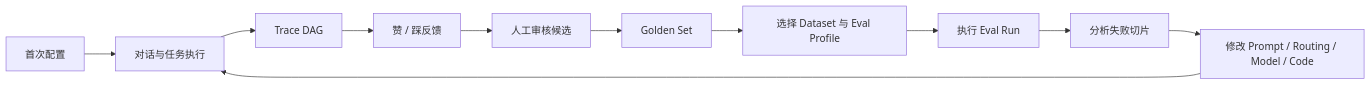
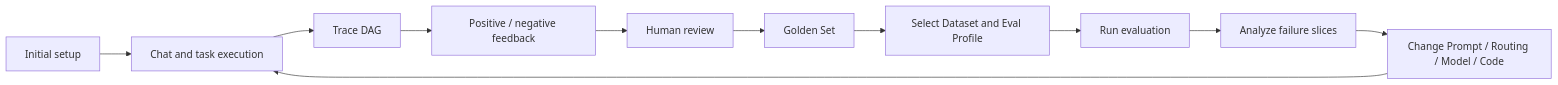
Before and after one commit to InfronAI/personal-ai-agent-from-scratch: the first of 3 diagrams in README.md, drawn with Mermaid. The commit also changed other lines of this file and 2 other files, not shown here.

````diff
--- a/README.md
+++ b/README.md
@@ -44,13 +49,13 @@
 ```mermaid
 flowchart LR
-    A[首次配置] --> B[对话与任务执行]
+    A[Initial setup] --> B[Chat and task execution]
     B --> C[Trace DAG]
-    C --> D[赞 / 踩反馈]
-    D --> E[人工审核候选]
+    C --> D[Positive / negative feedback]
+    D --> E[Human review]
     E --> F[Golden Set]
-    F --> G[选择 Dataset 与 Eval Profile]
-    G --> H[执行 Eval Run]
-    H --> I[分析失败切片]
-    I --> J[修改 Prompt / Routing / Model / Code]
+    F --> G[Select Dataset and Eval Profile]
+    G --> H[Run evaluation]
+    H --> I[Analyze failure slices]
+    I --> J[Change Prompt / Routing / Model / Code]
     J --> B
 ```
````
